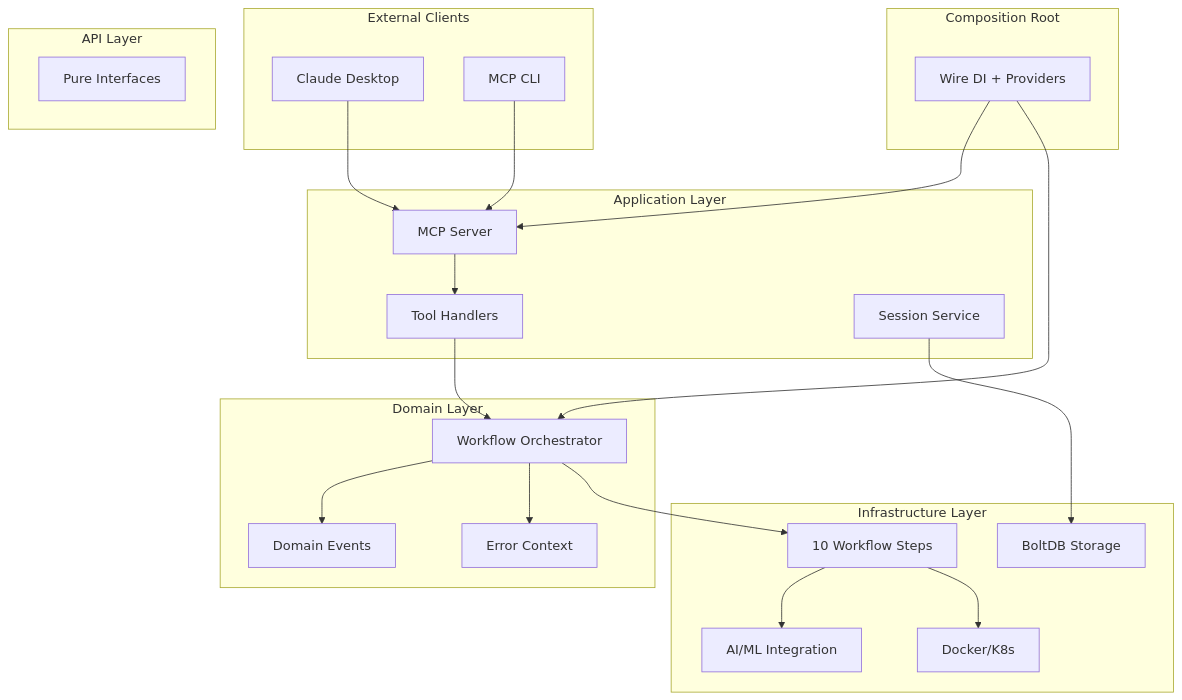
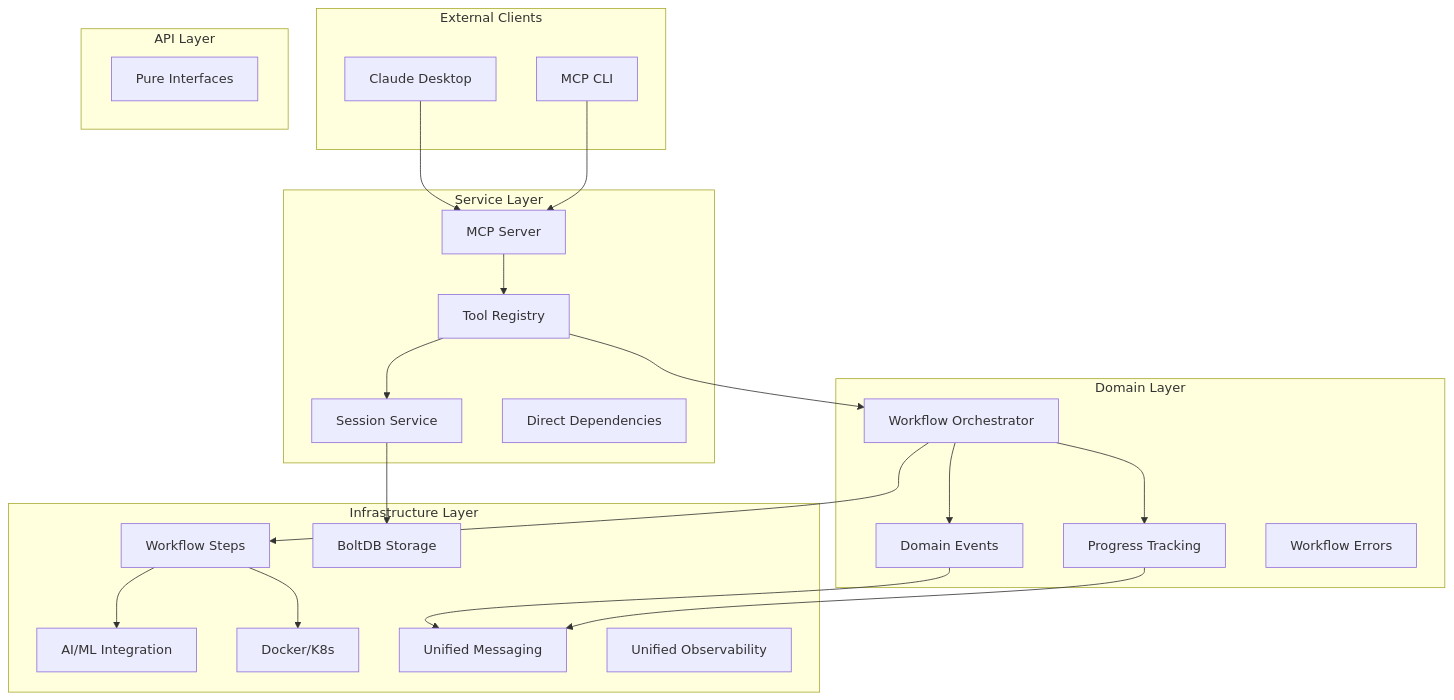
The diagram in README.md (Azure/containerization-assist), drawn with Mermaid before and after one commit. The commit also changed other lines of this file and 211 other files, not shown here.

````diff
--- a/README.md
+++ b/README.md
@@ -88,51 +91,51 @@
 ```mermaid
 graph TB
     %% External layer
     subgraph "External Clients"
         Claude[Claude Desktop]
         CLI[MCP CLI]
     end
 
-    %% Composition Root
-    subgraph "Composition Root"
-        Wire[Wire DI + Providers]
-    end
-
     %% 4-Layer Architecture
     subgraph "API Layer"
         Interfaces[Pure Interfaces]
     end
 
-    subgraph "Application Layer"
+    subgraph "Service Layer"
         Server[MCP Server]
-        Handlers[Tool Handlers]
+        Tools[Tool Registry]
         Session[Session Service]
+        DI[Direct Dependencies]
     end
 
     subgraph "Domain Layer"
         Workflow[Workflow Orchestrator]
         Events[Domain Events]
-        ErrorCtx[Error Context]
+        Progress[Progress Tracking]
+        Errors[Workflow Errors]
     end
 
     subgraph "Infrastructure Layer"
-        Steps[10 Workflow Steps]
+        Steps[Workflow Steps]
         AI[AI/ML Integration]
         Docker[Docker/K8s]
         Storage[BoltDB Storage]
+        Messaging[Unified Messaging]
+        Observability[Unified Observability]
     end
 
     %% Connections
     Claude --> Server
     CLI --> Server
-    Wire --> Server
-    Wire --> Workflow
-    Server --> Handlers
-    Handlers --> Workflow
+    Server --> Tools
+    Tools --> Session
+    Tools --> Workflow
     Workflow --> Events
-    Workflow --> ErrorCtx
+    Workflow --> Progress
     Workflow --> Steps
     Steps --> AI
     Steps --> Docker
     Session --> Storage
+    Events --> Messaging
+    Progress --> Messaging
 ```
````
